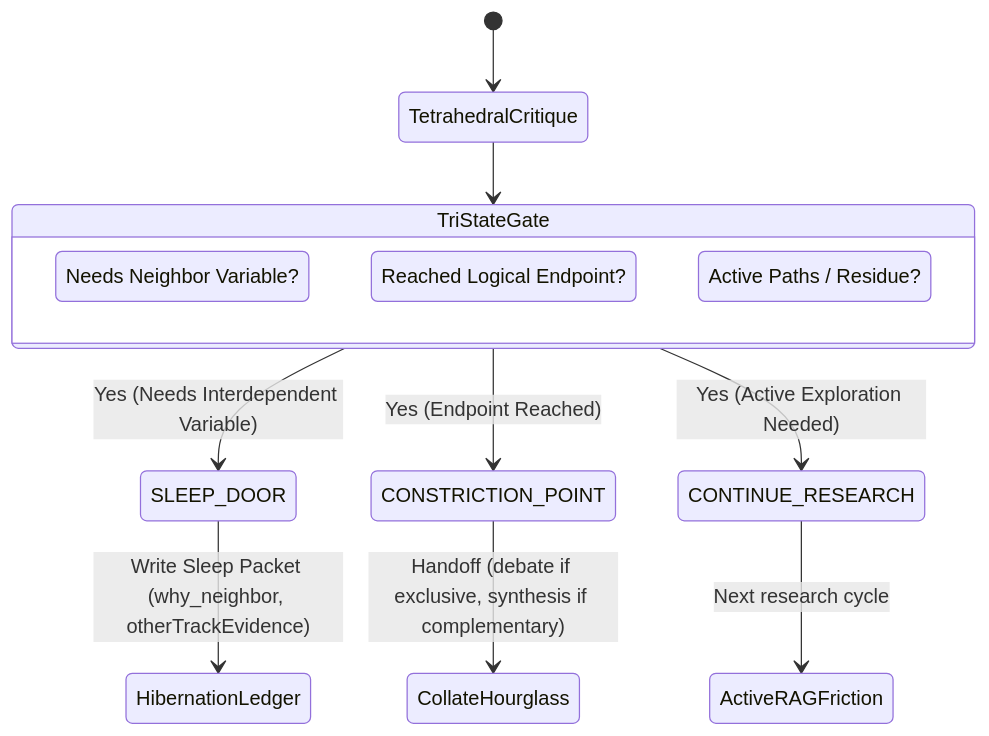
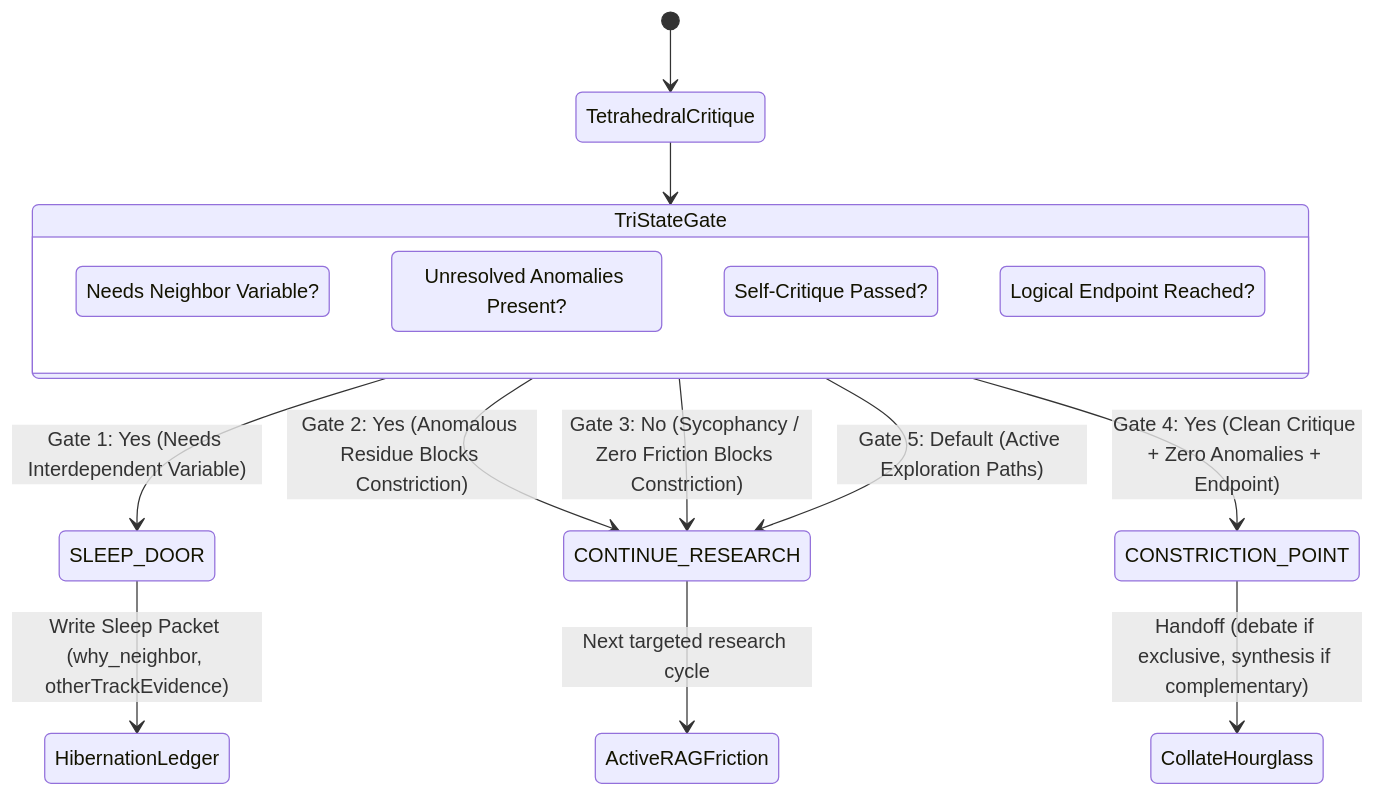
One commit to Fractal-Deployment/twinglass-pack changed the fourth of 4 diagrams in PRESUPPOSITIONAL_RAG.md. Above: the diagram before and after it, drawn with Mermaid. The commit also changed other lines of this file and 3 other files, not shown here.

````diff
--- a/PRESUPPOSITIONAL_RAG.md
+++ b/PRESUPPOSITIONAL_RAG.md
@@ -257,20 +265,23 @@
 ```mermaid
 stateDiagram-v2
     [*] --> TetrahedralCritique
     TetrahedralCritique --> TriStateGate
     
     state TriStateGate {
         direction TB
         c1: Needs Neighbor Variable?
-        c2: Reached Logical Endpoint?
-        c3: Active Paths / Residue?
+        c2: Unresolved Anomalies Present?
+        c3: Self-Critique Passed?
+        c4: Logical Endpoint Reached?
     }
     
-    TriStateGate --> SLEEP_DOOR: Yes (Needs Interdependent Variable)
-    TriStateGate --> CONSTRICTION_POINT: Yes (Endpoint Reached)
-    TriStateGate --> CONTINUE_RESEARCH: Yes (Active Exploration Needed)
+    TriStateGate --> SLEEP_DOOR: Gate 1: Yes (Needs Interdependent Variable)
+    TriStateGate --> CONTINUE_RESEARCH: Gate 2: Yes (Anomalous Residue Blocks Constriction)
+    TriStateGate --> CONTINUE_RESEARCH: Gate 3: No (Sycophancy / Zero Friction Blocks Constriction)
+    TriStateGate --> CONSTRICTION_POINT: Gate 4: Yes (Clean Critique + Zero Anomalies + Endpoint)
+    TriStateGate --> CONTINUE_RESEARCH: Gate 5: Default (Active Exploration Paths)
     
     SLEEP_DOOR --> HibernationLedger: Write Sleep Packet (why_neighbor, otherTrackEvidence)
     CONSTRICTION_POINT --> CollateHourglass: Handoff (debate if exclusive, synthesis if complementary)
-    CONTINUE_RESEARCH --> ActiveRAGFriction: Next research cycle
+    CONTINUE_RESEARCH --> ActiveRAGFriction: Next targeted research cycle
 ```
````
